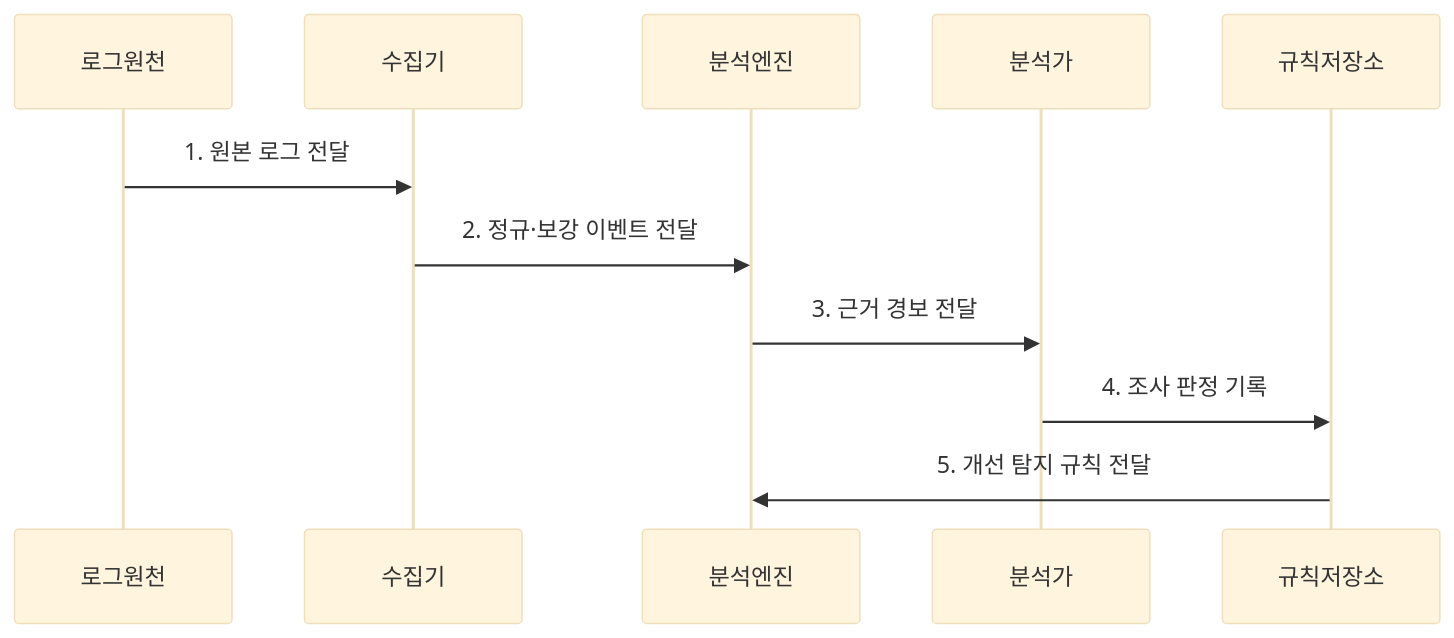
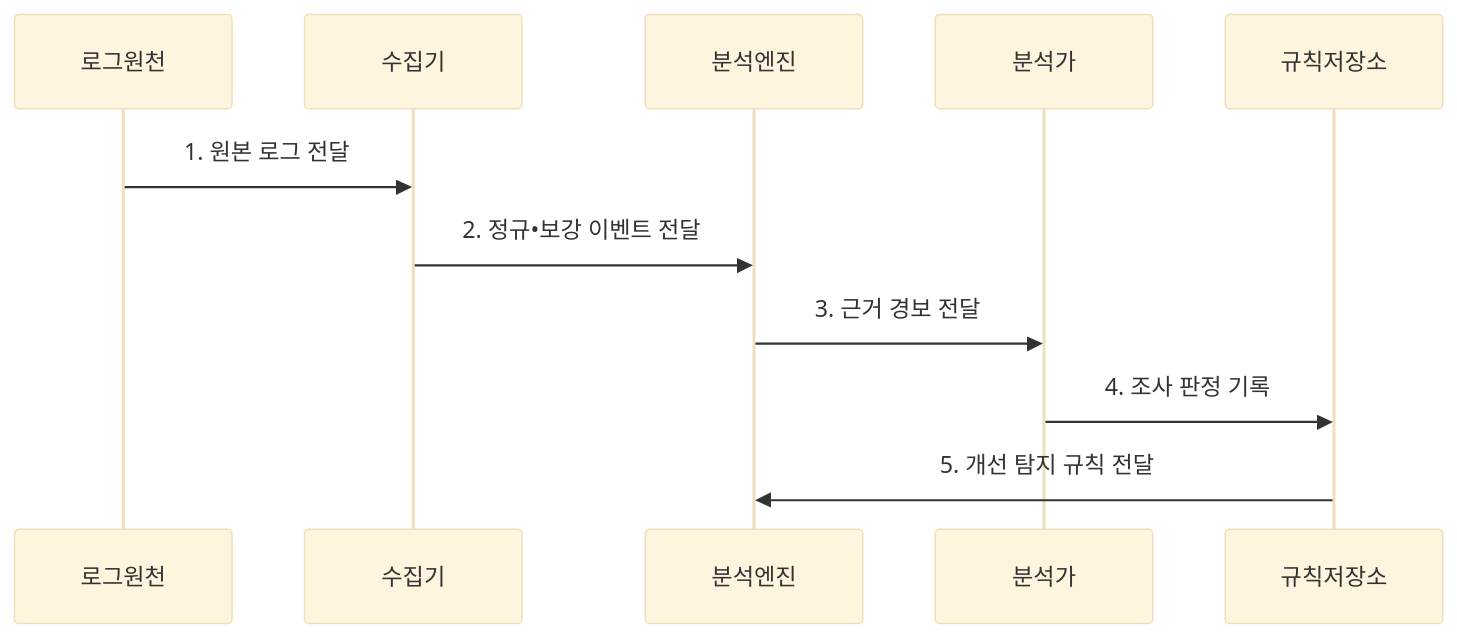
Before and after one commit to agnusdei1207/knowledge-base: the second of 2 diagrams in src/content/docs/notes/04-network/093_siem_security_information_event_management.md, drawn with Mermaid (base theme). The commit also changed other lines of this file and 953 other files, not shown here.

````diff
--- a/src/content/docs/notes/04-network/093_siem_security_information_event_management.md
+++ b/src/content/docs/notes/04-network/093_siem_security_information_event_management.md
@@ -98,13 +98,13 @@
 ```mermaid
 sequenceDiagram
     participant 로그원천
     participant 수집기
     participant 분석엔진
     participant 분석가
     participant 규칙저장소
     로그원천->>수집기: 1. 원본 로그 전달
-    수집기->>분석엔진: 2. 정규·보강 이벤트 전달
+    수집기->>분석엔진: 2. 정규•보강 이벤트 전달
     분석엔진->>분석가: 3. 근거 경보 전달
     분석가->>규칙저장소: 4. 조사 판정 기록
     규칙저장소->>분석엔진: 5. 개선 탐지 규칙 전달
 ```
````
